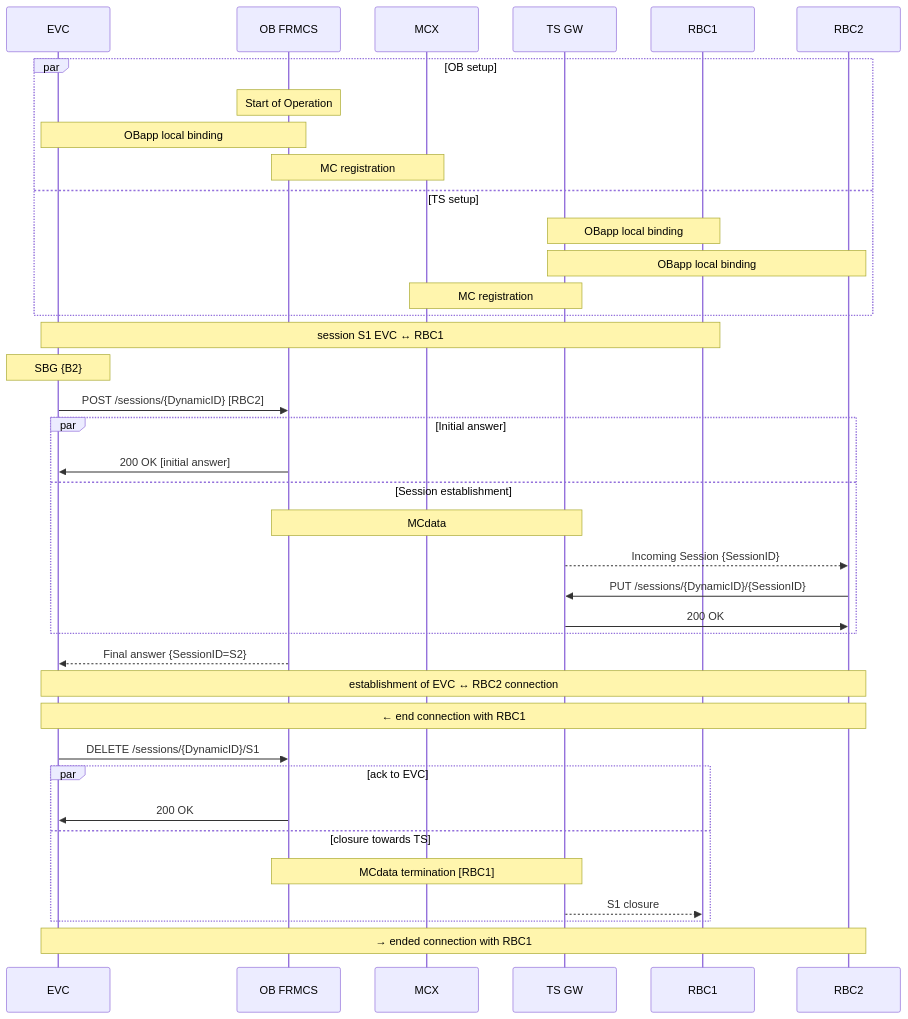
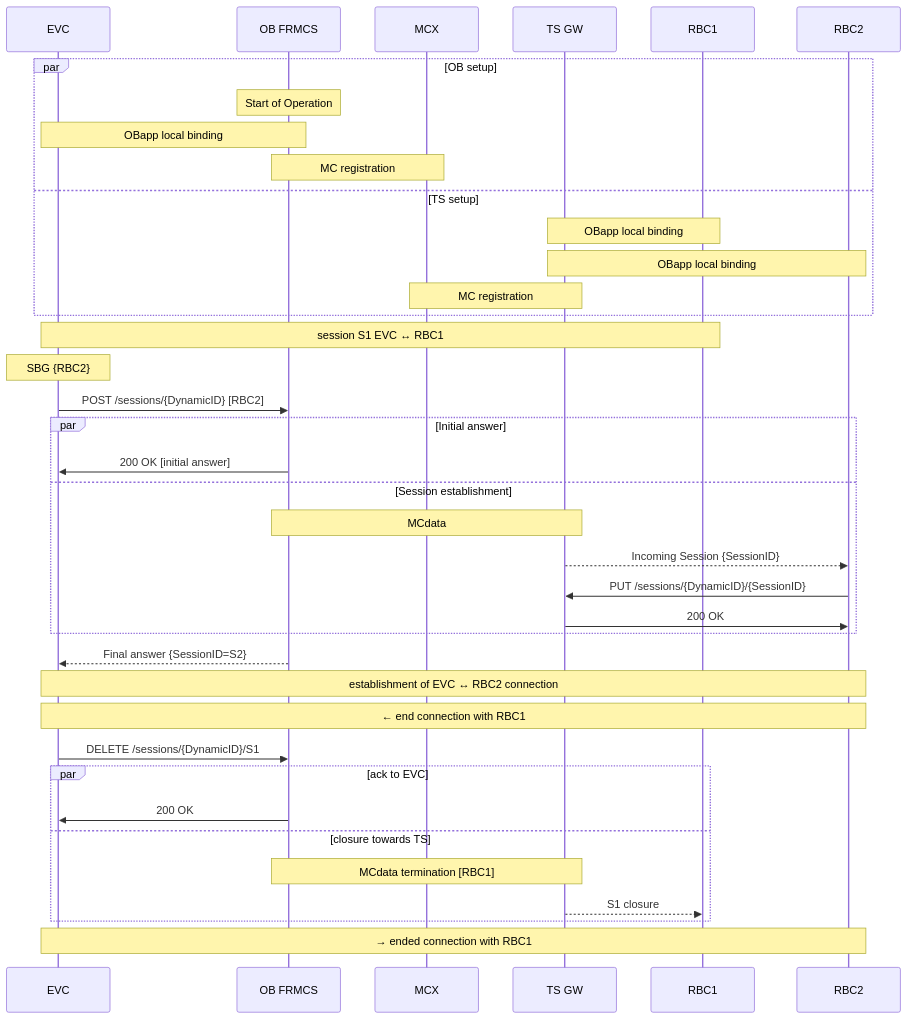
The third of 3 diagrams in API/README.md (UICrail/FRMCSSandbox), drawn with Mermaid before and after one commit. The commit also changed other lines of this file, not shown here.

Commit message:
README.md - ETCTS flow typo corrections

````diff
--- a/API/README.md
+++ b/API/README.md
@@ -98,48 +98,48 @@
 ```mermaid
 
 sequenceDiagram
 participant A as EVC
 participant O as OB FRMCS
 participant M as MCX
 participant T as TS GW
 participant B1 as RBC1
 participant B2 as RBC2
 
 par OB setup
 	Note over O: Start of Operation 
 	Note over A,O: OBapp local binding
 	Note over O,M:	MC registration
 and TS setup
 	Note over B1,T: OBapp local binding
 	Note over B2,T: OBapp local binding
 	Note over T,M:	MC registration
 end
 
 % existing session with B1
 Note over A,B1: session S1 EVC ↔ RBC1
 
 % establishment of session to B2
-Note over A:	SBG {B2}
+Note over A:	SBG {RBC2}
 
 A->>O:	POST /sessions/{DynamicID} [RBC2]
 par Initial answer
 	O->>A:	200 OK [initial answer]
 and Session establishment
 	Note over O,T: MCdata
 	T-->>B2:	Incoming Session {SessionID}
 	B2->>T:	PUT /sessions/{DynamicID}/{SessionID}
 	T->>B2: 200 OK
 end
 O-->>A:	Final answer {SessionID=S2}	
 Note over A,B2: establishment of EVC ↔ RBC2 connection
 Note over A,B2: ← end connection with RBC1
 A->>O:	DELETE /sessions/{DynamicID}/S1
 par ack to EVC
 	O->>A:	200 OK
 and closure towards TS
 	Note over O,T:	MCdata termination [RBC1]
 	T-->>B1: S1 closure
 end
 Note over A,B2: → ended connection with RBC1
 
 ```
````
